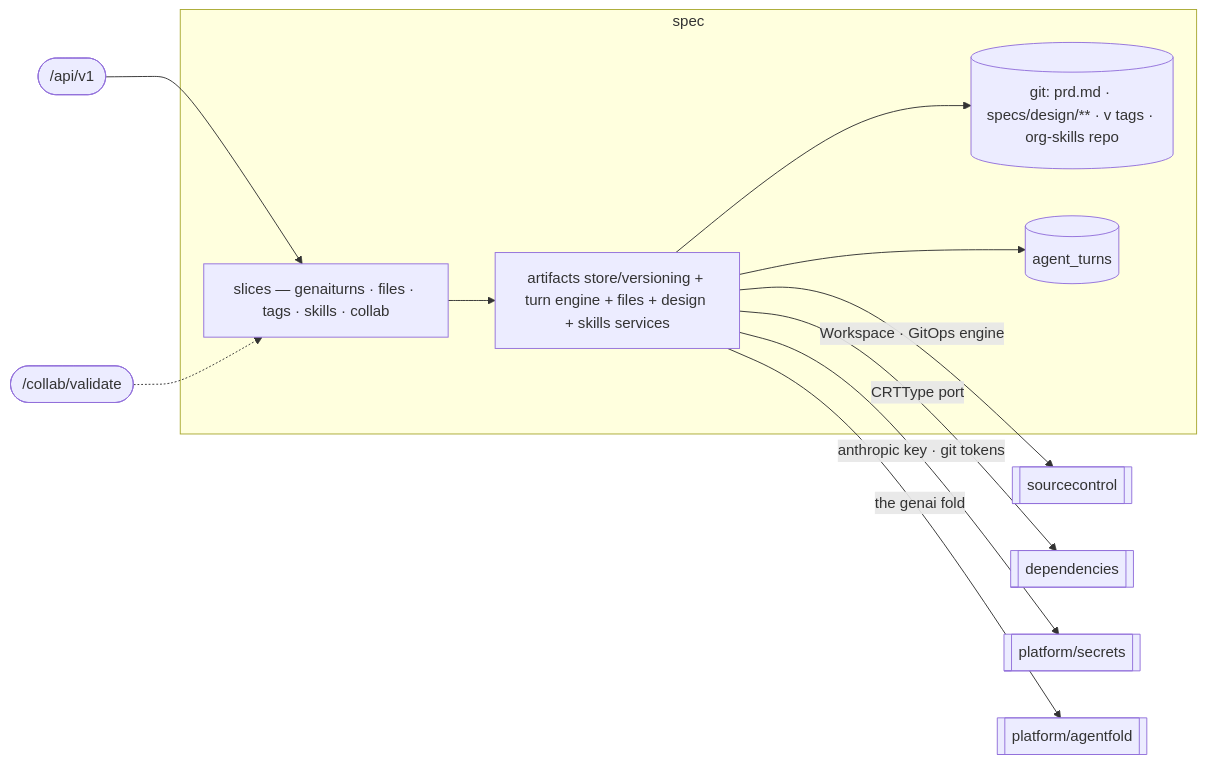
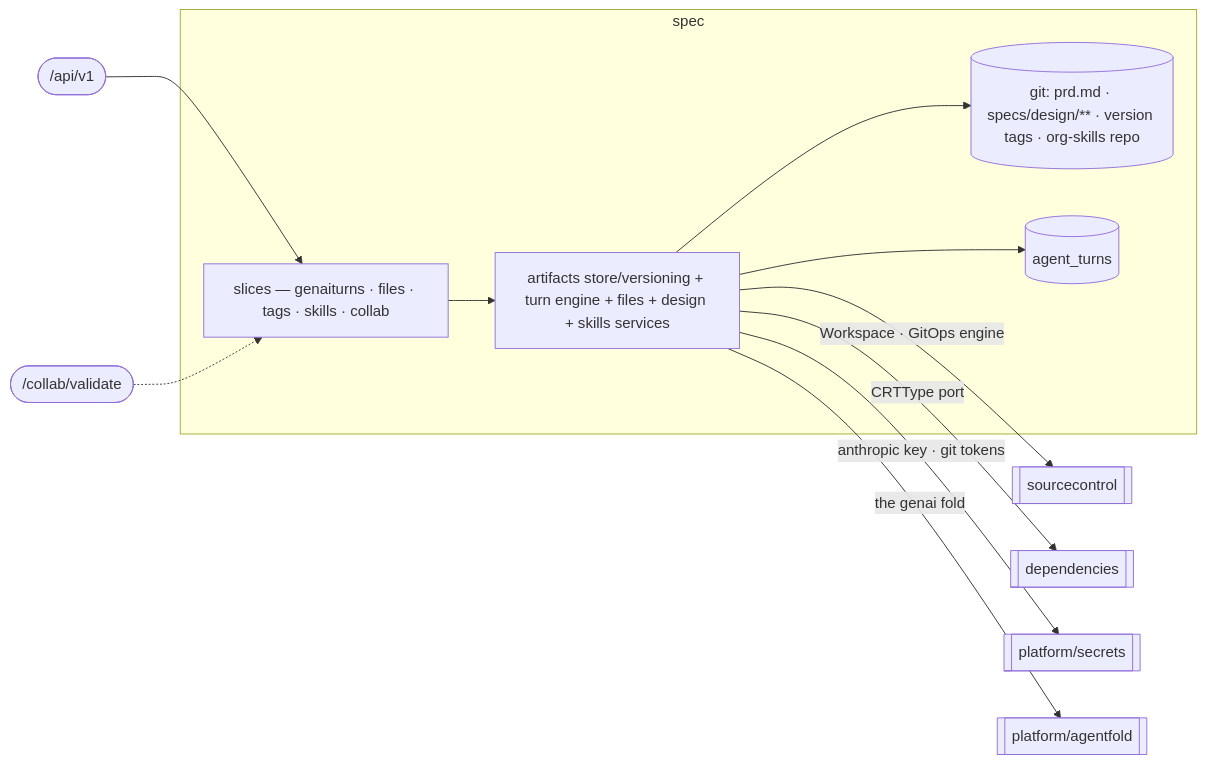
The diagram in services/aep-api/internal/spec/README.md (wso2/labs-agentic-engineer), drawn with Mermaid before and after one commit. The commit also changed other lines of this file and 40 other files, not shown here.

````diff
--- a/services/aep-api/internal/spec/README.md
+++ b/services/aep-api/internal/spec/README.md
@@ -9,16 +9,16 @@
 ```mermaid
 flowchart LR
   API(["/api/v1"]) --> SL
   CB(["/collab/validate"]) -.-> SL
   subgraph spec
     SL["slices — genaiturns · files · tags · skills · collab"]
     CORE["artifacts store/versioning + turn engine + files + design + skills services"]
     SL --> CORE
-    CORE --> GIT[("git: prd.md · specs/design/** · v<N> tags · org-skills repo")]
+    CORE --> GIT[("git: prd.md · specs/design/** · version tags · org-skills repo")]
     CORE --> TURNS[("agent_turns")]
   end
   CORE -->|Workspace · GitOps engine| SC[[sourcecontrol]]
   CORE -->|CRTType port| DEP[[dependencies]]
   CORE -->|anthropic key · git tokens| SEC[[platform/secrets]]
   CORE -->|the genai fold| FOLD[["platform/agentfold"]]
 ```
````
